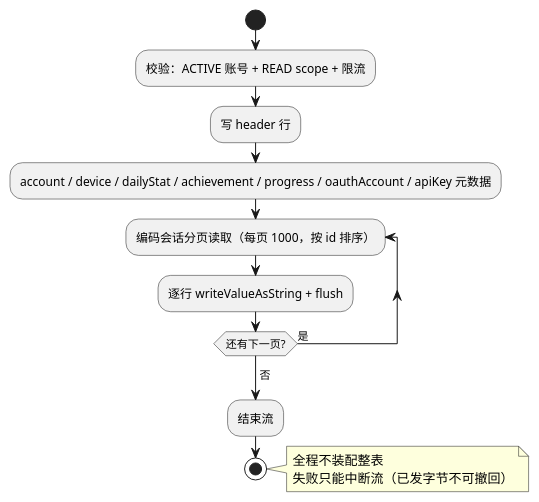
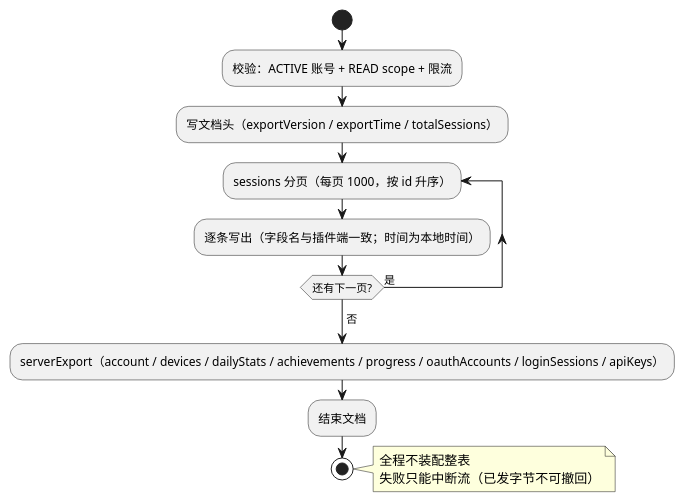
The seventh of 7 diagrams in .plans/ctt-server-development-plan.md (AhogeK/ctt-server), drawn with PlantUML before and after one commit. The commit also changed other lines of this file and 4 other files, not shown here.

````diff
--- a/.plans/ctt-server-development-plan.md
+++ b/.plans/ctt-server-development-plan.md
@@ -2043,18 +2046,18 @@
 ```plantuml
 @startuml
 start
 :校验：ACTIVE 账号 + READ scope + 限流;
-:写 header 行;
-:account / device / dailyStat / achievement / progress / oauthAccount / apiKey 元数据;
-repeat :编码会话分页读取（每页 1000，按 id 排序）;
-  :逐行 writeValueAsString + flush;
+:写文档头（exportVersion / exportTime / totalSessions）;
+repeat :sessions 分页（每页 1000，按 id 升序）;
+  :逐条写出（字段名与插件端一致；时间为本地时间）;
 repeat while (还有下一页?) is (是)
 ->否;
-:结束流;
+:serverExport（account / devices / dailyStats / achievements / progress / oauthAccounts / loginSessions / apiKeys）;
+:结束文档;
 stop
 note right
   全程不装配整表
   失败只能中断流（已发字节不可撤回）
 end note
 @enduml
 ```
````
